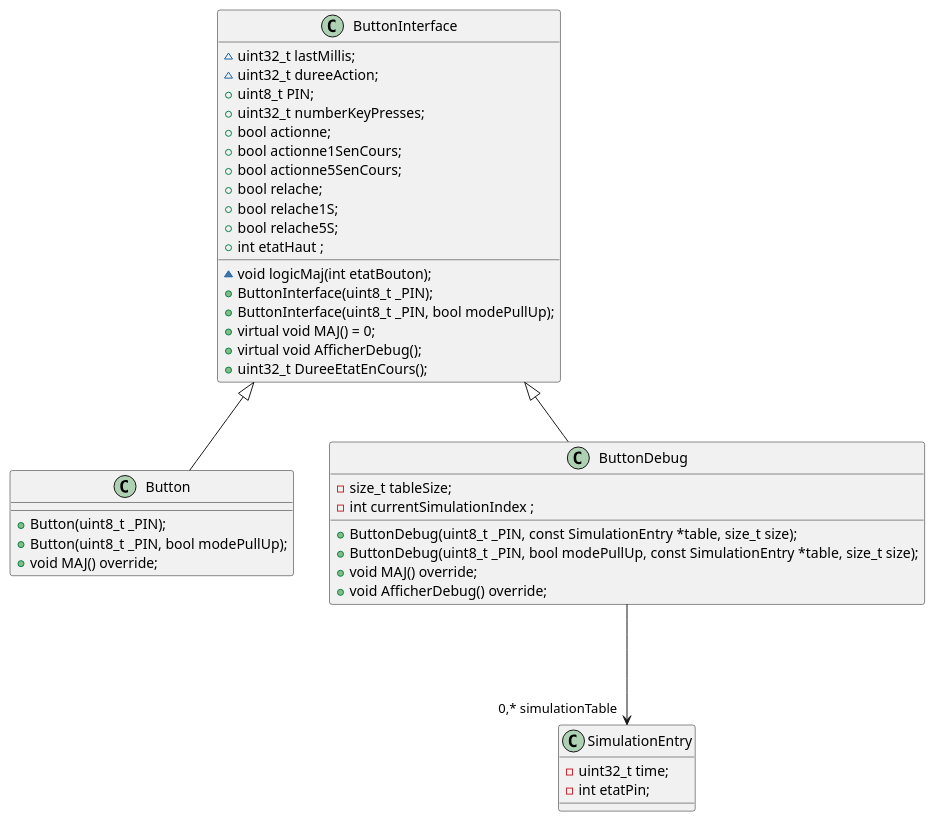
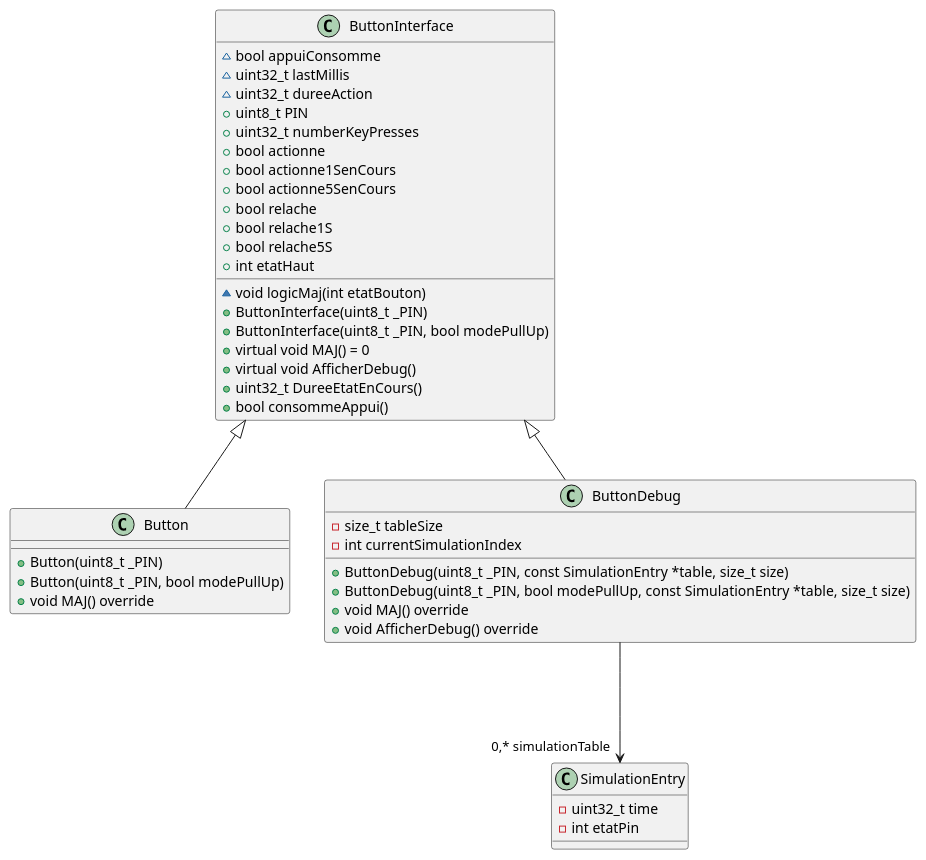
One commit to jeanbaptisteaubry/LasertTag_2_Bouton changed the diagram in class.plantuml. Above: the diagram before and after it, drawn with PlantUML. The commit also changed 4 other files, not shown here.

```diff
--- a/class.plantuml
+++ b/class.plantuml
@@ -1,49 +1,50 @@
 @startuml class
 ButtonInterface <|-- Button
 ButtonInterface <|-- ButtonDebug
 ButtonDebug ---> "0,* simulationTable" SimulationEntry
 class ButtonInterface{
-
-    ~uint32_t lastMillis;
-    ~uint32_t dureeAction;
-    ~void logicMaj(int etatBouton);
-    +uint8_t PIN;
-    +uint32_t numberKeyPresses;
-    +bool actionne;
-    +bool actionne1SenCours;
-    +bool actionne5SenCours;
-    +bool relache;
-    +bool relache1S;
-    +bool relache5S;
-    +int etatHaut ;
-    +ButtonInterface(uint8_t _PIN);
-    +ButtonInterface(uint8_t _PIN, bool modePullUp);
-    +virtual void MAJ() = 0;
-    +virtual void AfficherDebug();
-    +uint32_t DureeEtatEnCours();
+    ~bool appuiConsomme
+    ~uint32_t lastMillis
+    ~uint32_t dureeAction
+    ~void logicMaj(int etatBouton)
+    +uint8_t PIN
+    +uint32_t numberKeyPresses
+    +bool actionne
+    +bool actionne1SenCours
+    +bool actionne5SenCours
+    +bool relache
+    +bool relache1S
+    +bool relache5S
+    +int etatHaut 
+    +ButtonInterface(uint8_t _PIN)
+    +ButtonInterface(uint8_t _PIN, bool modePullUp)
+    +virtual void MAJ() = 0
+    +virtual void AfficherDebug()
+    +uint32_t DureeEtatEnCours()
+    +bool consommeAppui()
 }
 
 class Button{
 
-    +Button(uint8_t _PIN);
-    +Button(uint8_t _PIN, bool modePullUp);
-    +void MAJ() override;
+    +Button(uint8_t _PIN)
+    +Button(uint8_t _PIN, bool modePullUp)
+    +void MAJ() override
 
 }
 
 class ButtonDebug{
 
-    -size_t tableSize;
-    -int currentSimulationIndex ;
-    +ButtonDebug(uint8_t _PIN, const SimulationEntry *table, size_t size);
-    +ButtonDebug(uint8_t _PIN, bool modePullUp, const SimulationEntry *table, size_t size);
-    +void MAJ() override;
-    +void AfficherDebug() override;
+    -size_t tableSize
+    -int currentSimulationIndex 
+    +ButtonDebug(uint8_t _PIN, const SimulationEntry *table, size_t size)
+    +ButtonDebug(uint8_t _PIN, bool modePullUp, const SimulationEntry *table, size_t size)
+    +void MAJ() override
+    +void AfficherDebug() override
 
 }
 class SimulationEntry{
-    -uint32_t time;
-    -int etatPin;
+    -uint32_t time
+    -int etatPin
 }
 
 @enduml
```
